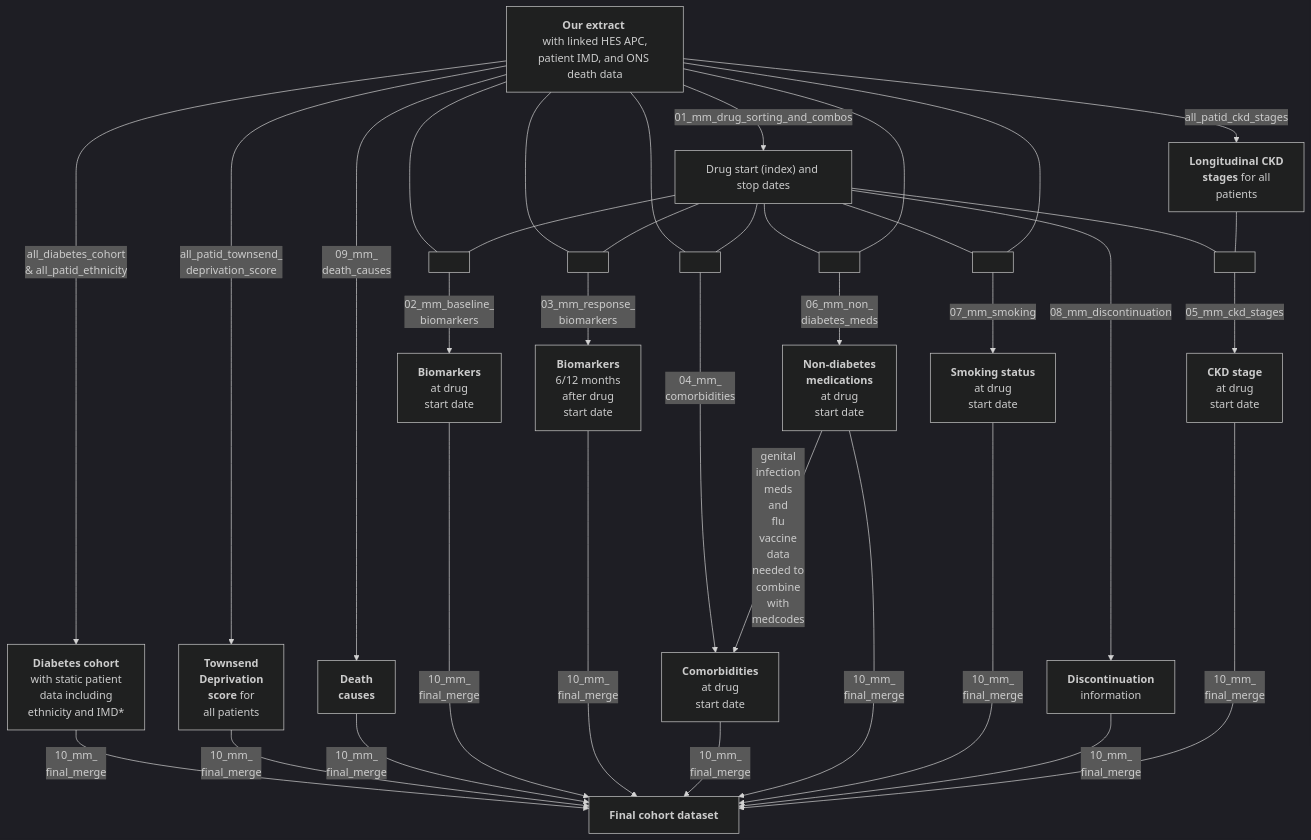
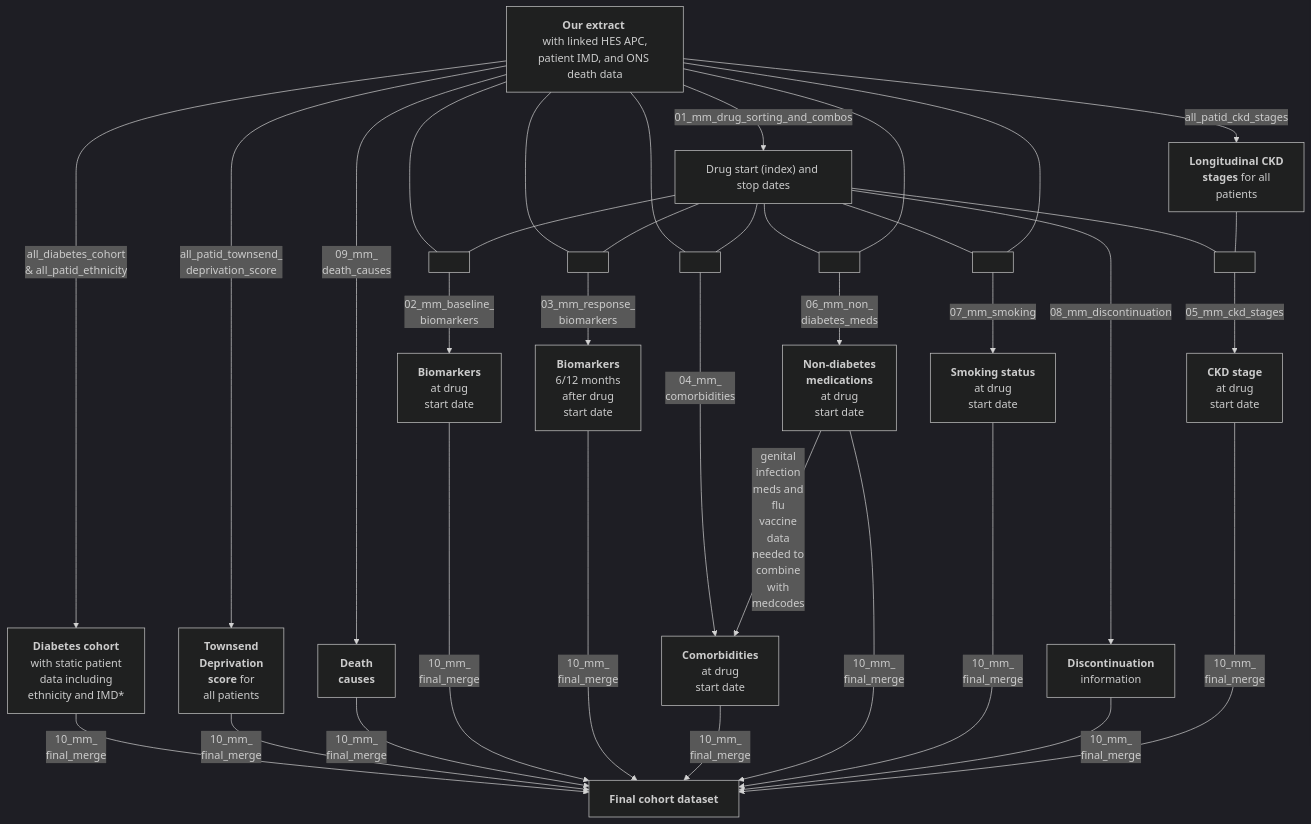
The diagram in 03-Treatment-response-(MASTERMIND)/README.md (Exeter-Diabetes/CPRD-Cohort-scripts), drawn with Mermaid (dark theme) before and after one commit.

````diff
--- a/03-Treatment-response-(MASTERMIND)/README.md
+++ b/03-Treatment-response-(MASTERMIND)/README.md
@@ -13,48 +13,48 @@
 ```mermaid
 graph TD;
     A["<b>Our extract</b> <br> with linked HES APC, patient IMD, and ONS death data"] --> |"all_diabetes_cohort <br> & all_patid_ethnicity"|B["<b>Diabetes cohort<br></b> with static patient <br>data including <br>ethnicity and IMD*"]
     A-->|"all_patid_townsend_<br>deprivation_score"|N["<b>Townsend<br> Deprivation<br>score</b> for<br> all patients"]
     A-->|"09_mm_<br>death_causes"|O["<b>Death<br>causes</b>"]
     A-->|"01_mm_drug_sorting_and_combos"|H["Drug start (index) and stop dates"]
 
     A---Y[ ]:::empty
     H---Y
     Y-->|"02_mm_baseline_<br>biomarkers"|E["<b>Biomarkers</b> <br> at drug <br> start date"]
     
     A---T[ ]:::empty
     H---T
     T-->|"03_mm_response_<br>biomarkers"|L["<b>Biomarkers</b> <br> 6/12 months <br> after drug <br>start date"]
     
     A---W[ ]:::empty
     H---W
     W-->|"04_mm_<br>comorbidities"|F["<b>Comorbidities</b> <br> at drug <br> start date"]
     
     H---U[ ]:::empty
     A---U
     U-->|"06_mm_non_<br>diabetes_meds"|M["<b>Non-diabetes <br>medications</b> <br> at drug <br> start date"]
     
-    M-->|"genital<br>infection<br>meds<br>and<br>flu<br>vaccine<br>data<br>needed to<br>combine<br>with<br>medcodes"|F
+    M-->|"genital<br>infection<br>meds and<br>flu<br>vaccine<br>data<br>needed to<br>combine<br>with<br>medcodes"|F
     
     H---X[ ]:::empty
     A---X
     X-->|"07_mm_smoking"|G["<b>Smoking status</b> <br> at drug <br> start date"]
     
     H-->|"08_mm_discontinuation"|V["<b>Discontinuation</b><br> information"]
     
     A-->|"all_patid_ckd_stages"|C["<b>Longitudinal CKD <br> stages</b> for all <br> patients"]
     H---Z[ ]:::empty
     C---Z
     Z-->|"05_mm_ckd_stages"|I["<b>CKD stage </b> <br> at drug <br> start date"]
     
     
     B-->|"10_mm_<br>final_merge"|J["<b>Final cohort dataset</b>"]
     N-->|"10_mm_<br>final_merge"|J
     O-->|"10_mm_<br>final_merge"|J
     E-->|"10_mm_<br>final_merge"|J
     L-->|"10_mm_<br>final_merge"|J
     F-->|"10_mm_<br>final_merge"|J
     M-->|"10_mm_<br>final_merge"|J  
     G-->|"10_mm_<br>final_merge"|J
     V-->|"10_mm_<br>final_merge"|J
     I-->|"10_mm_<br>final_merge"|J  
 ```
````
